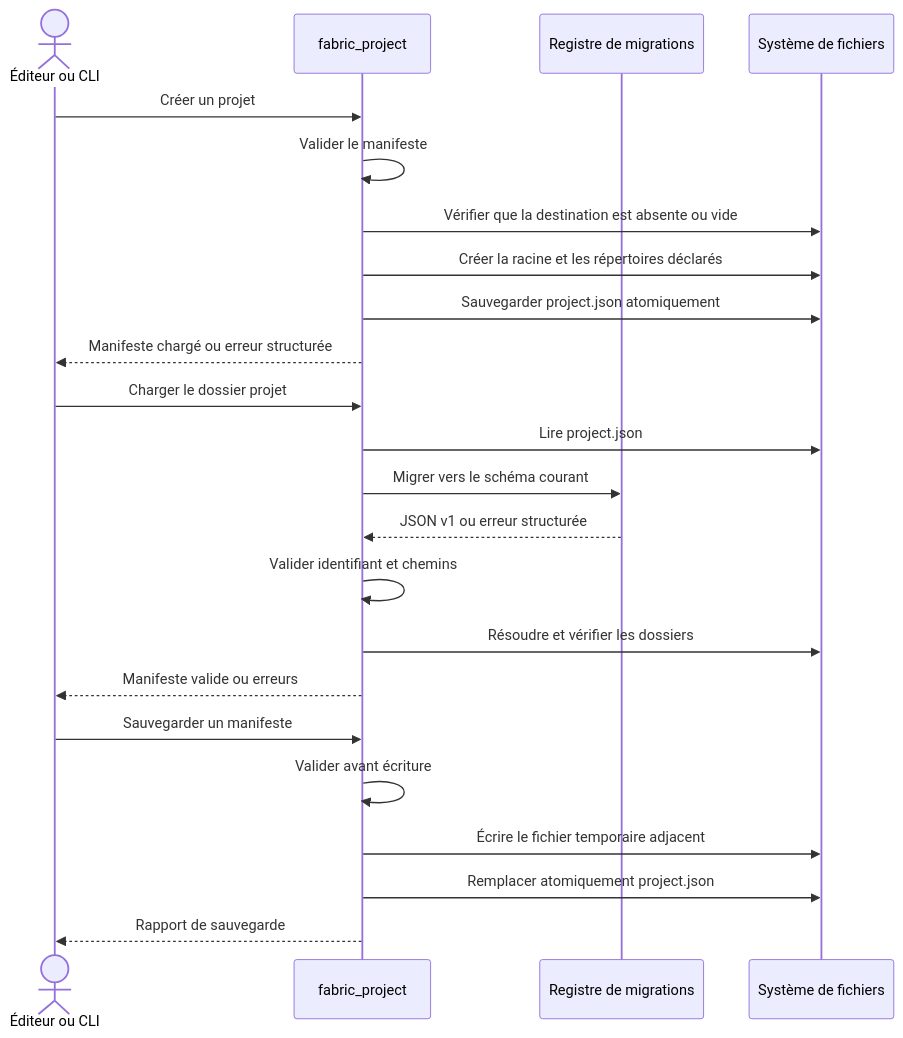
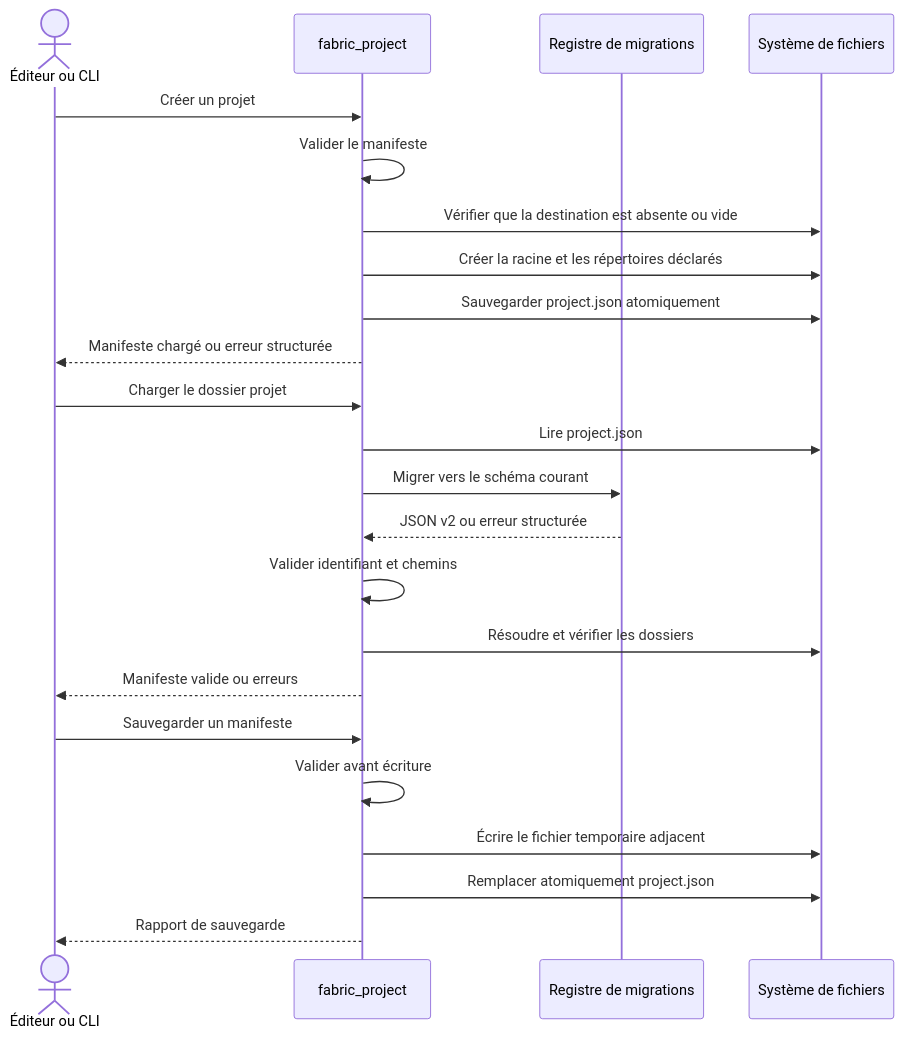
One commit to tristan-monticelli/vertex-loom changed the diagram in docs/workflows/project-validation.md. Above: the diagram before and after it, drawn with Mermaid. The commit also changed 17 other files, not shown here.

````diff
--- a/docs/workflows/project-validation.md
+++ b/docs/workflows/project-validation.md
@@ -3,28 +3,28 @@
 ```mermaid
 sequenceDiagram
     actor Caller as Éditeur ou CLI
     participant Project as fabric_project
     participant Migration as Registre de migrations
     participant Files as Système de fichiers
 
     Caller->>Project: Créer un projet
     Project->>Project: Valider le manifeste
     Project->>Files: Vérifier que la destination est absente ou vide
     Project->>Files: Créer la racine et les répertoires déclarés
     Project->>Files: Sauvegarder project.json atomiquement
     Project-->>Caller: Manifeste chargé ou erreur structurée
 
     Caller->>Project: Charger le dossier projet
     Project->>Files: Lire project.json
     Project->>Migration: Migrer vers le schéma courant
-    Migration-->>Project: JSON v1 ou erreur structurée
+    Migration-->>Project: JSON v2 ou erreur structurée
     Project->>Project: Valider identifiant et chemins
     Project->>Files: Résoudre et vérifier les dossiers
     Project-->>Caller: Manifeste valide ou erreurs
 
     Caller->>Project: Sauvegarder un manifeste
     Project->>Project: Valider avant écriture
     Project->>Files: Écrire le fichier temporaire adjacent
     Project->>Files: Remplacer atomiquement project.json
     Project-->>Caller: Rapport de sauvegarde
 ```
````
